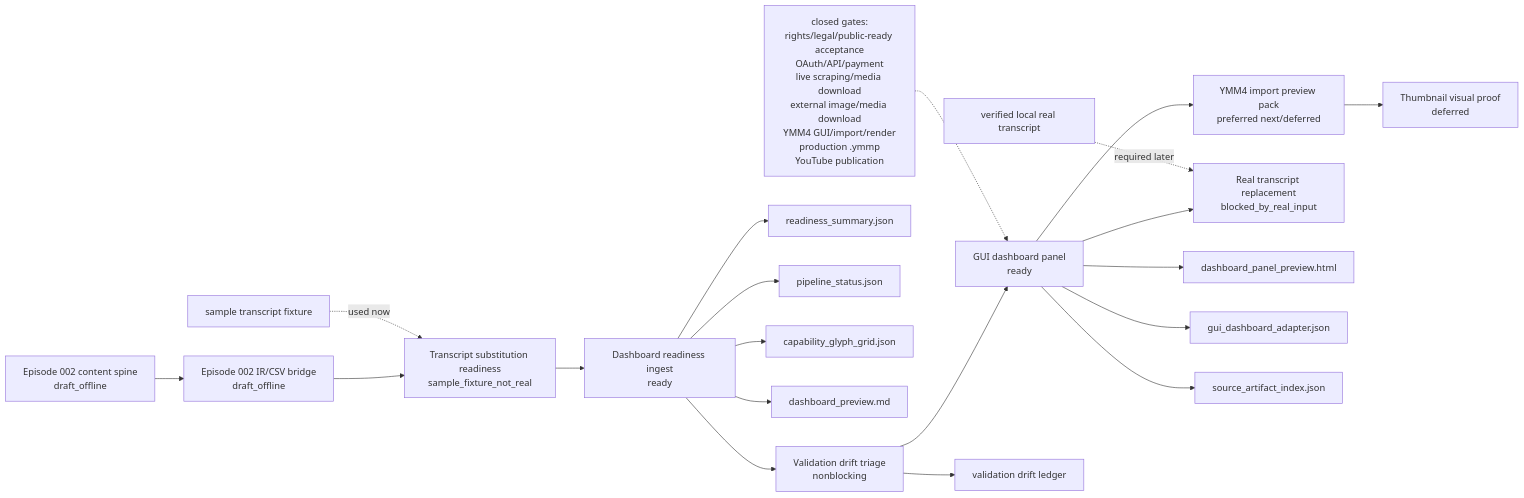
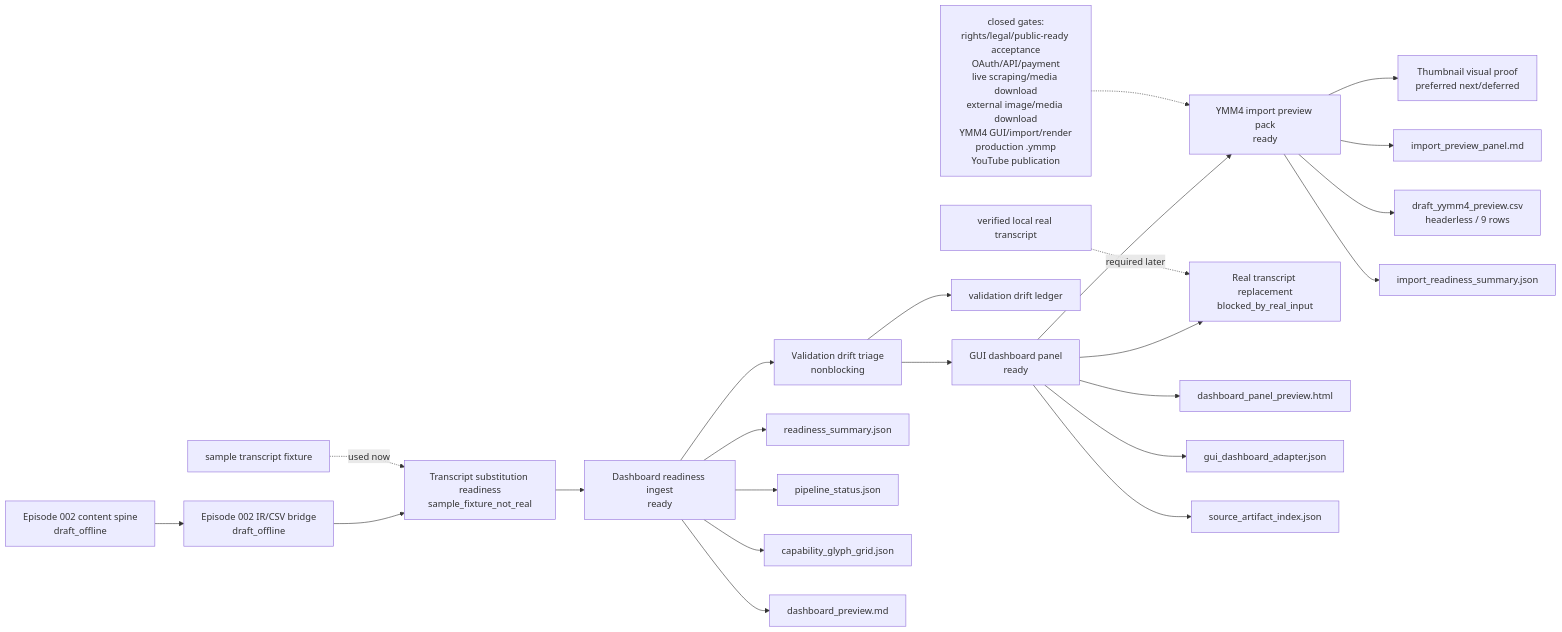
Before and after one commit to YuShimoji/NLMYTGen: the diagram in docs/PROJECT_PIPELINE.mmd, drawn with Mermaid. The commit also changed 17 other files, not shown here.

Commit message:
feat: add episode 002 ymm4 import preview pack

```diff
--- a/docs/PROJECT_PIPELINE.mmd
+++ b/docs/PROJECT_PIPELINE.mmd
@@ -1,23 +1,26 @@
 flowchart LR
     A["Episode 002 content spine<br/>draft_offline"] --> B["Episode 002 IR/CSV bridge<br/>draft_offline"]
     B --> C["Transcript substitution readiness<br/>sample_fixture_not_real"]
     C --> D["Dashboard readiness ingest<br/>ready"]
     D --> T["Validation drift triage<br/>nonblocking"]
     T --> P["GUI dashboard panel<br/>ready"]
-    P --> F["YMM4 import preview pack<br/>preferred next/deferred"]
-    F --> G["Thumbnail visual proof<br/>deferred"]
+    P --> F["YMM4 import preview pack<br/>ready"]
+    F --> G["Thumbnail visual proof<br/>preferred next/deferred"]
     P --> E["Real transcript replacement<br/>blocked_by_real_input"]
 
     H["sample transcript fixture"] -. "used now" .-> C
     I["verified local real transcript"] -. "required later" .-> E
 
     T --> O["validation drift ledger"]
     D --> J["readiness_summary.json"]
     D --> K["pipeline_status.json"]
     D --> L["capability_glyph_grid.json"]
     D --> M["dashboard_preview.md"]
     P --> Q["dashboard_panel_preview.html"]
     P --> R["gui_dashboard_adapter.json"]
     P --> S["source_artifact_index.json"]
+    F --> U["import_preview_panel.md"]
+    F --> V["draft_yymm4_preview.csv<br/>headerless / 9 rows"]
+    F --> W["import_readiness_summary.json"]
 
-    N["closed gates:<br/>rights/legal/public-ready acceptance<br/>OAuth/API/payment<br/>live scraping/media download<br/>external image/media download<br/>YMM4 GUI/import/render<br/>production .ymmp<br/>YouTube publication"] -.-> P
+    N["closed gates:<br/>rights/legal/public-ready acceptance<br/>OAuth/API/payment<br/>live scraping/media download<br/>external image/media download<br/>YMM4 GUI/import/render<br/>production .ymmp<br/>YouTube publication"] -.-> F
```
